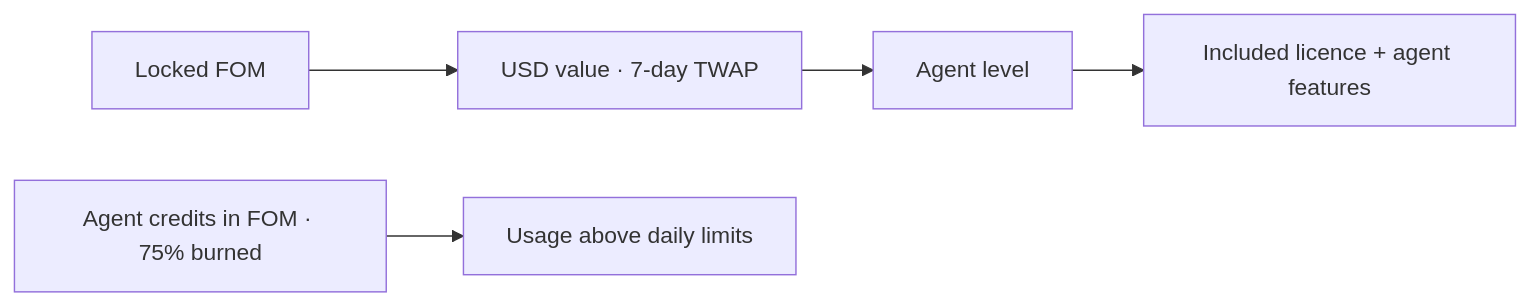
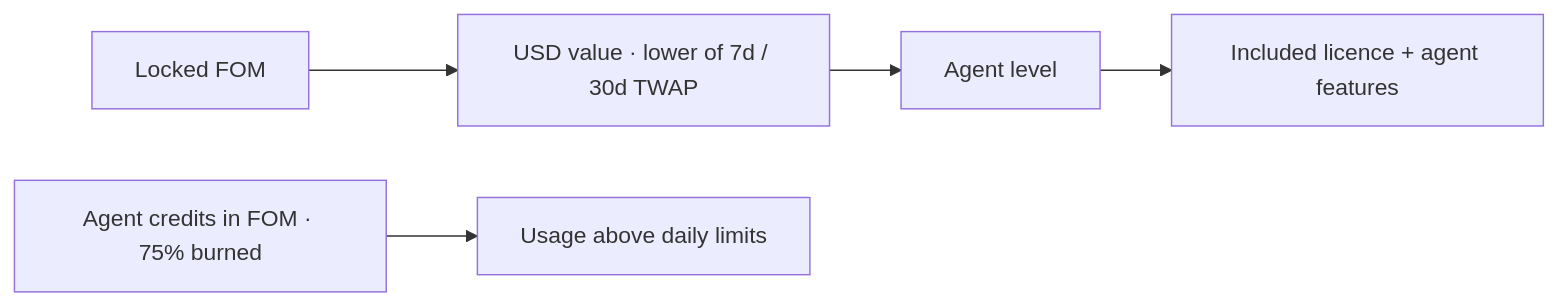
The diagram in fom-token.md (formionai/docs), drawn with Mermaid before and after one commit. The commit also changed other lines of this file and 1 other file, not shown here.

Commit message:
FOM lock v3.1: conservative TWAP, 90-day minimum for licence levels, AI allowance, capacity, one lock one account

````diff
--- a/fom-token.md
+++ b/fom-token.md
@@ -88,7 +92,7 @@
 ```mermaid
 flowchart LR
-  FOM[Locked FOM] --> Value[USD value · 7-day TWAP]
+  FOM[Locked FOM] --> Value[USD value · lower of 7d / 30d TWAP]
   Value --> Level[Agent level]
   Level --> Licence[Included licence + agent features]
   Credits[Agent credits in FOM · 75% burned] --> Extra[Usage above daily limits]
 ```
````
